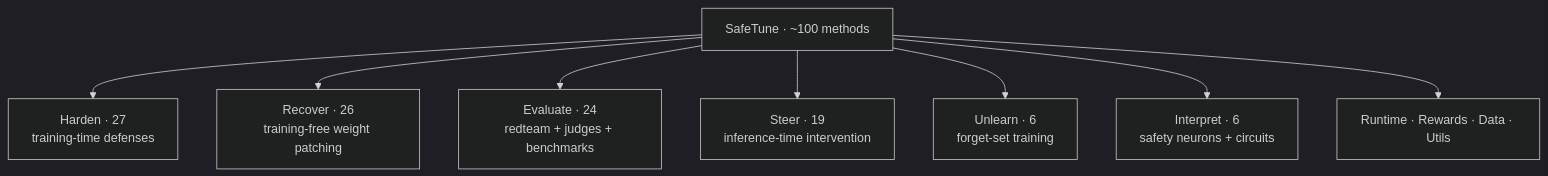
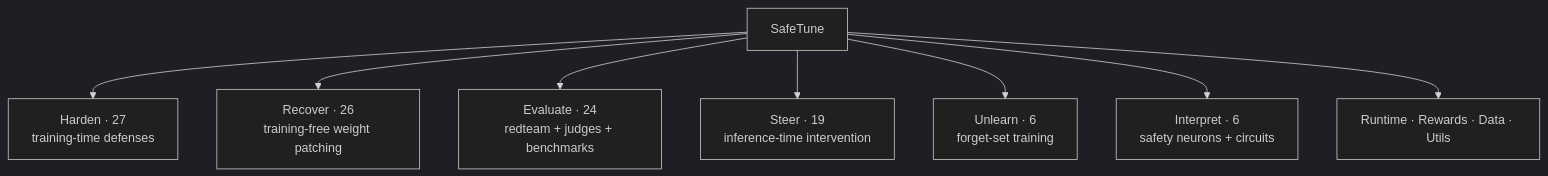
Before and after one commit to Lexsi-Labs/SafeTune: the diagram in docs/reference/references.md, drawn with Mermaid (dark theme). The commit also changed other lines of this file and 10 other files, not shown here.

````diff
--- a/docs/reference/references.md
+++ b/docs/reference/references.md
@@ -5,11 +5,11 @@
 ```mermaid
 flowchart TD
-    R["SafeTune · ~100 methods"]
+    R["SafeTune"]
     R --> HARD["Harden · 27<br/>training-time defenses"]
     R --> REC["Recover · 26<br/>training-free weight patching"]
     R --> EVAL["Evaluate · 24<br/>redteam + judges + benchmarks"]
     R --> STEER["Steer · 19<br/>inference-time intervention"]
     R --> UNL["Unlearn · 6<br/>forget-set training"]
     R --> INTERP["Interpret · 6<br/>safety neurons + circuits"]
     R --> OTHER["Runtime · Rewards · Data · Utils"]
 ```
````
